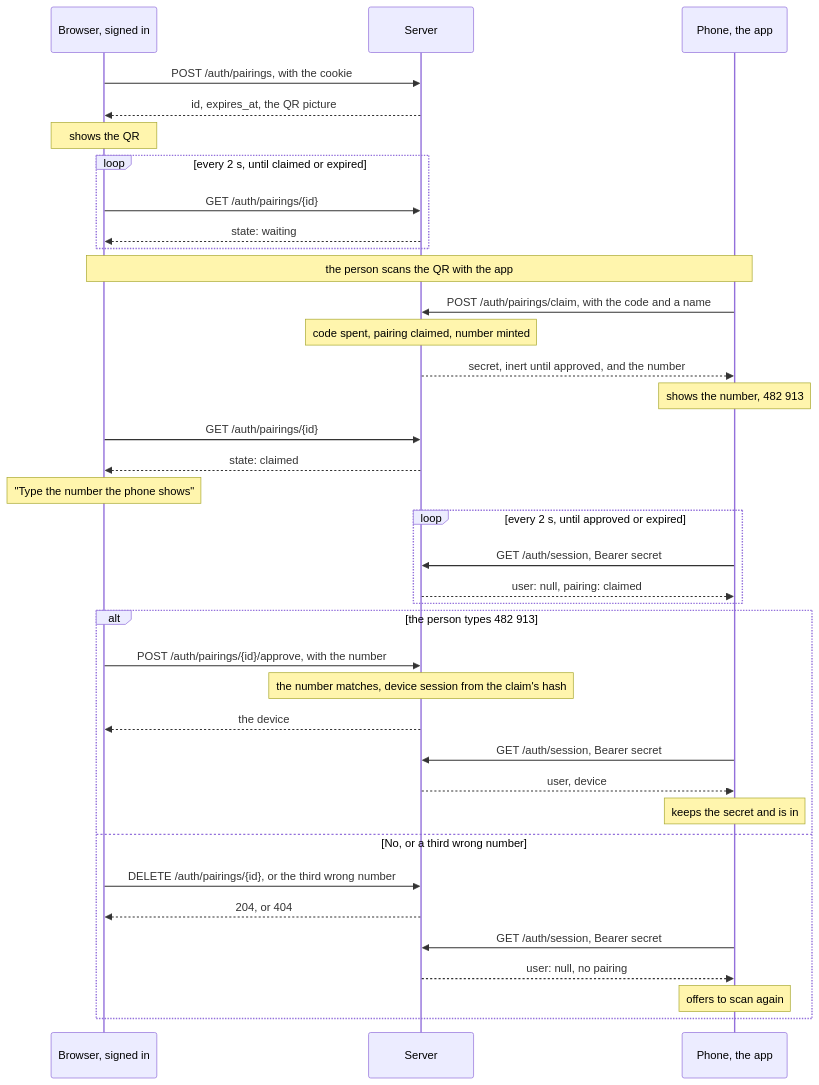
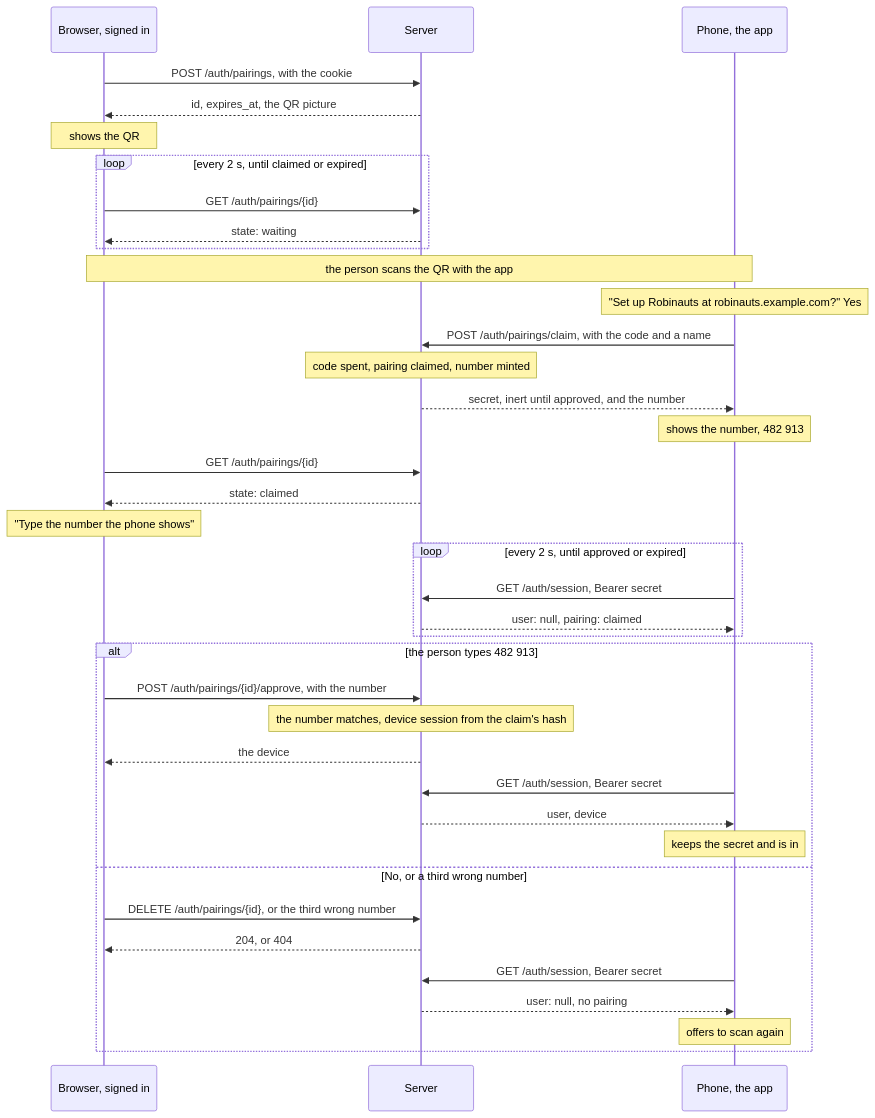
The diagram in docs/architecture/device-pairing.md (the-guish/robinauts), drawn with Mermaid before and after one commit. The commit also changed other lines of this file, not shown here.

````diff
--- a/docs/architecture/device-pairing.md
+++ b/docs/architecture/device-pairing.md
@@ -81,40 +108,41 @@
 ```mermaid
 sequenceDiagram
     participant B as Browser, signed in
     participant S as Server
     participant P as Phone, the app
 
     B->>S: POST /auth/pairings, with the cookie
     S-->>B: id, expires_at, the QR picture
     Note over B: shows the QR
     loop every 2 s, until claimed or expired
         B->>S: GET /auth/pairings/{id}
         S-->>B: state: waiting
     end
     Note over B,P: the person scans the QR with the app
+    Note over P: "Set up Robinauts at robinauts.example.com?" Yes
     P->>S: POST /auth/pairings/claim, with the code and a name
     Note over S: code spent, pairing claimed, number minted
     S-->>P: secret, inert until approved, and the number
     Note over P: shows the number, 482 913
     B->>S: GET /auth/pairings/{id}
     S-->>B: state: claimed
     Note over B: "Type the number the phone shows"
     loop every 2 s, until approved or expired
         P->>S: GET /auth/session, Bearer secret
         S-->>P: user: null, pairing: claimed
     end
     alt the person types 482 913
         B->>S: POST /auth/pairings/{id}/approve, with the number
         Note over S: the number matches, device session from the claim's hash
         S-->>B: the device
         P->>S: GET /auth/session, Bearer secret
         S-->>P: user, device
         Note over P: keeps the secret and is in
     else No, or a third wrong number
         B->>S: DELETE /auth/pairings/{id}, or the third wrong number
         S-->>B: 204, or 404
         P->>S: GET /auth/session, Bearer secret
         S-->>P: user: null, no pairing
         Note over P: offers to scan again
     end
 ```
````
